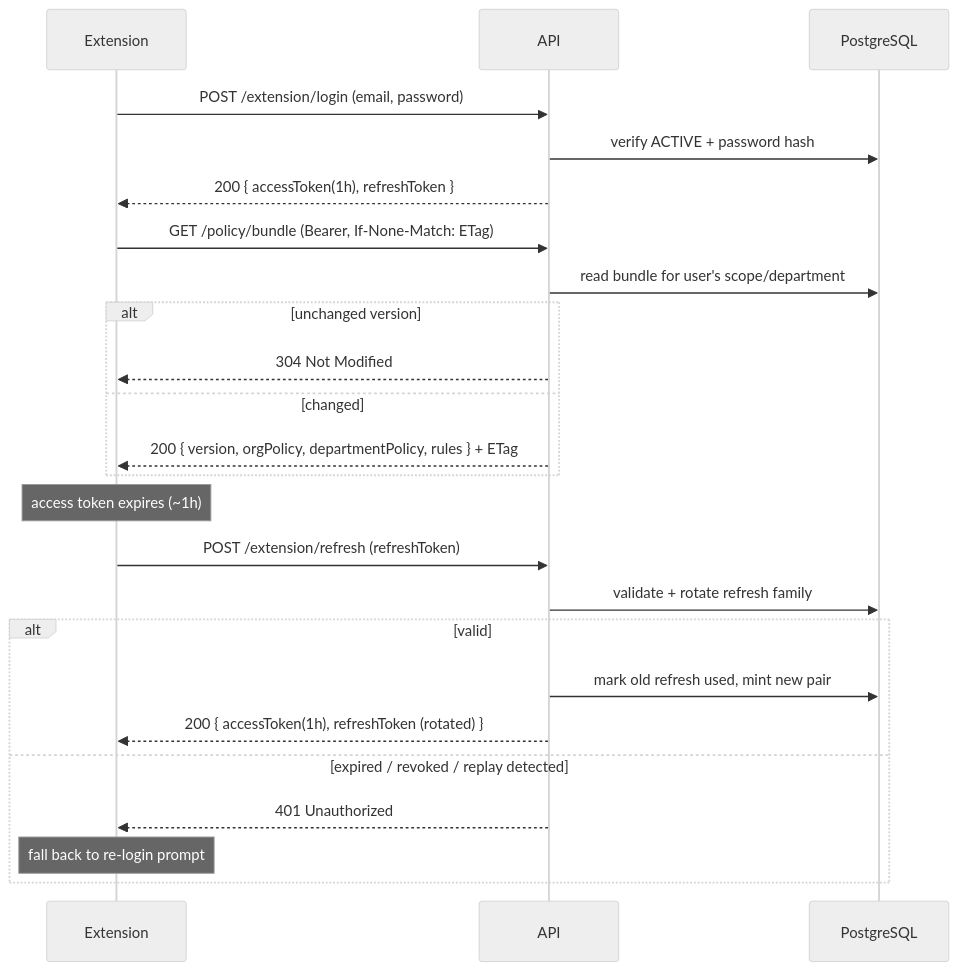
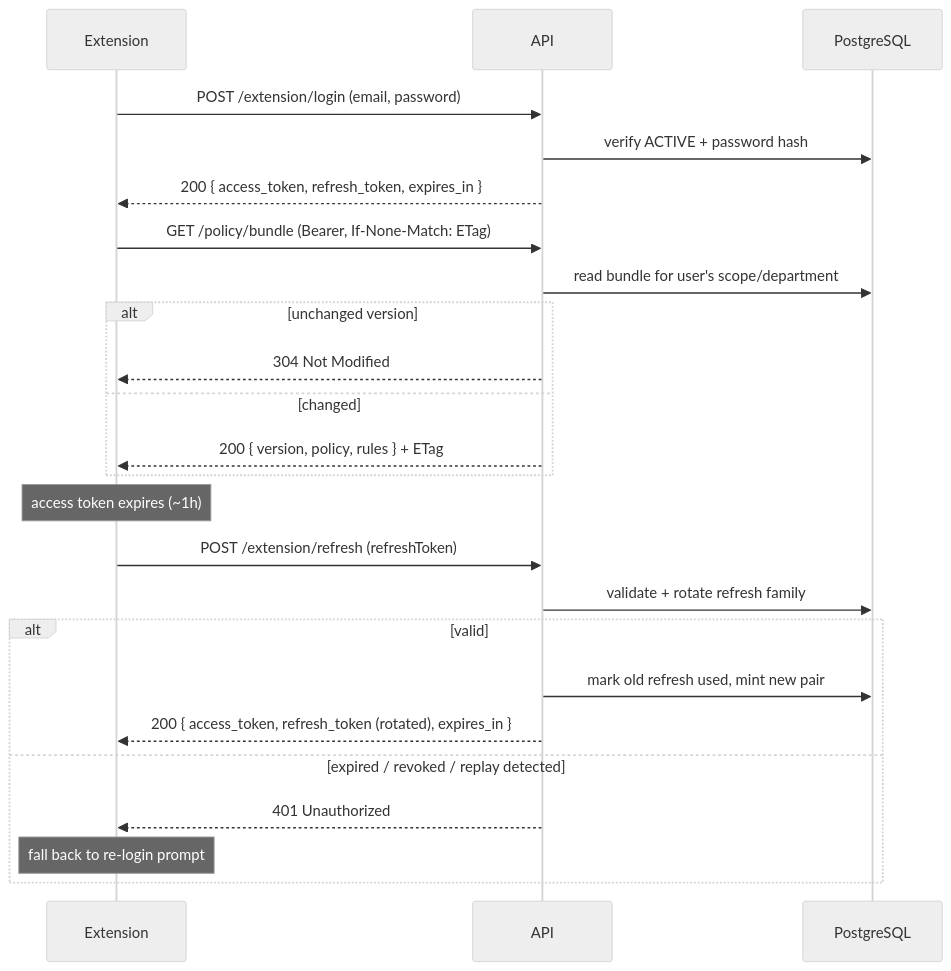
One commit to Mohammed-Ayman-Albilaly/hares-ai-web changed the second of 5 diagrams in docs/ARCHITECTURE.md. Above: the diagram before and after it, drawn with Mermaid (neutral theme). The commit also changed other lines of this file and 1 other file, not shown here.

Commit message:
docs: sync architecture and decisions 32-34 with contract

````diff
--- a/docs/ARCHITECTURE.md
+++ b/docs/ARCHITECTURE.md
@@ -139,26 +139,26 @@
 ```mermaid
 sequenceDiagram
   participant E as Extension
   participant A as API
   participant DB as PostgreSQL
   E->>A: POST /extension/login (email, password)
   A->>DB: verify ACTIVE + password hash
-  A-->>E: 200 { accessToken(1h), refreshToken }
+  A-->>E: 200 { access_token, refresh_token, expires_in }
   E->>A: GET /policy/bundle (Bearer, If-None-Match: ETag)
   A->>DB: read bundle for user's scope/department
   alt unchanged version
     A-->>E: 304 Not Modified
   else changed
-    A-->>E: 200 { version, orgPolicy, departmentPolicy, rules } + ETag
+    A-->>E: 200 { version, policy, rules } + ETag
   end
   Note over E: access token expires (~1h)
   E->>A: POST /extension/refresh (refreshToken)
   A->>DB: validate + rotate refresh family
   alt valid
     A->>DB: mark old refresh used, mint new pair
-    A-->>E: 200 { accessToken(1h), refreshToken (rotated) }
+    A-->>E: 200 { access_token, refresh_token (rotated), expires_in }
   else expired / revoked / replay detected
     A-->>E: 401 Unauthorized
     Note over E: fall back to re-login prompt
   end
 ```
````
